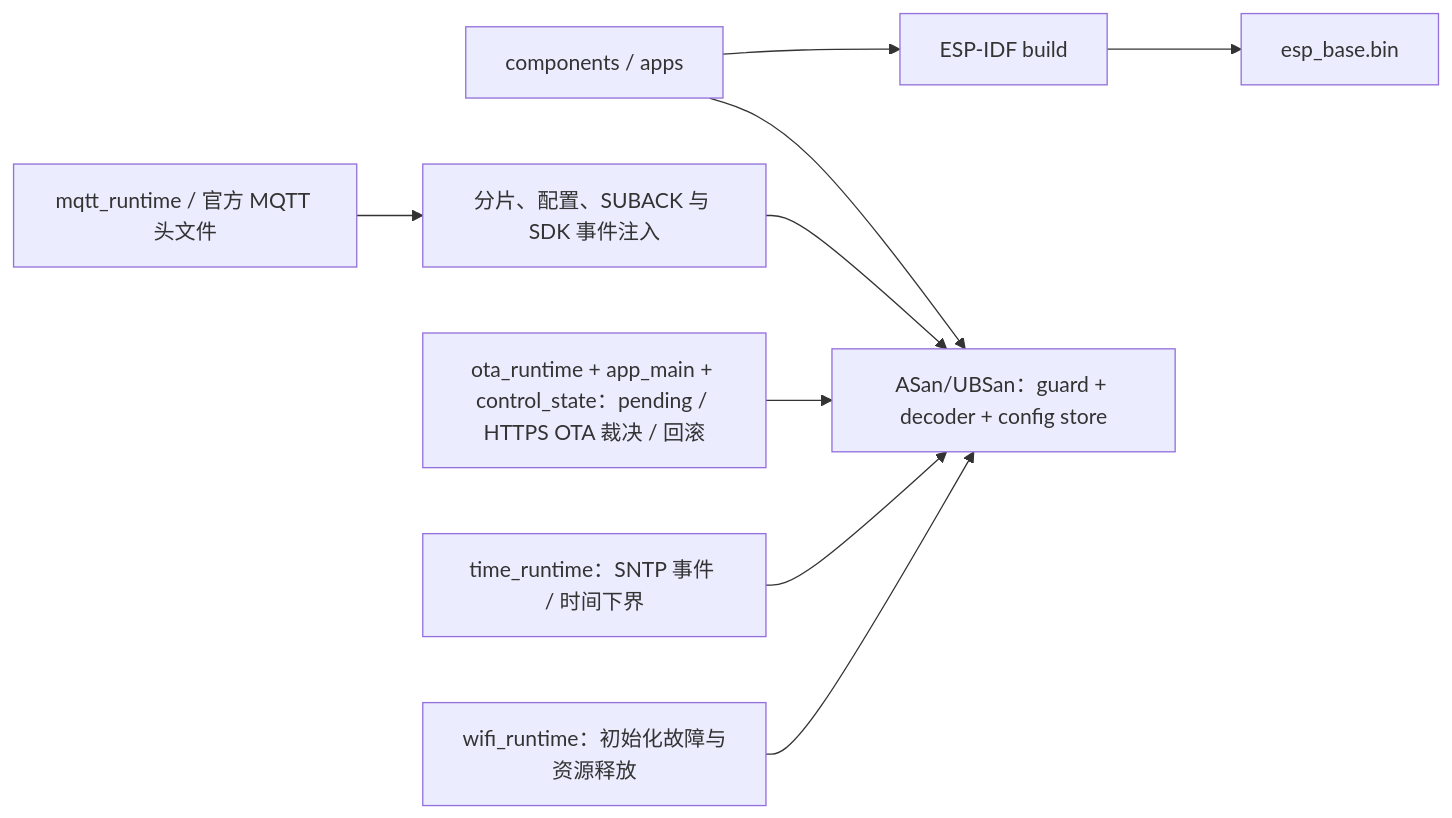
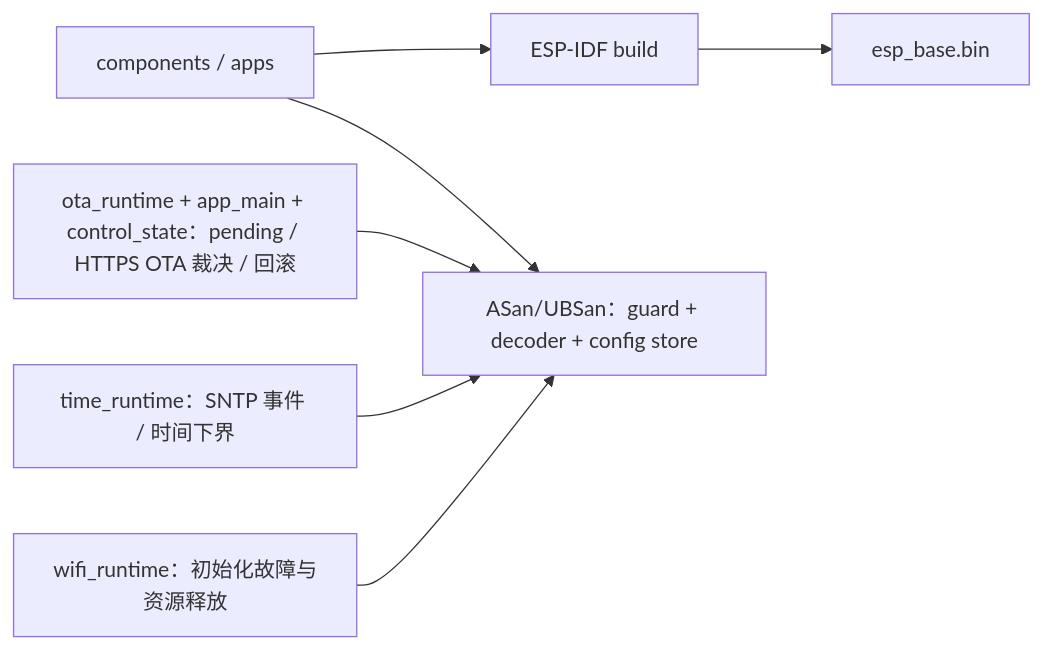
The diagram in firmware/tests/README.md (darren-you/esp-base), drawn with Mermaid before and after one commit. The commit also changed other lines of this file and 28 other files, not shown here.

````diff
--- a/firmware/tests/README.md
+++ b/firmware/tests/README.md
@@ -15,11 +15,9 @@
 ```mermaid
 flowchart LR
     sources["components / apps"] --> idf["ESP-IDF build"]
     sources --> host["ASan/UBSan：guard + decoder + config store"]
-    mqtt["mqtt_runtime / 官方 MQTT 头文件"] --> boundary["分片、配置、SUBACK 与 SDK 事件注入"]
-    boundary --> host
     ota["ota_runtime + app_main + control_state：pending / HTTPS OTA 裁决 / 回滚"] --> host
     time["time_runtime：SNTP 事件 / 时间下界"] --> host
     wifi["wifi_runtime：初始化故障与资源释放"] --> host
     idf --> image["esp_base.bin"]
 ```
````
